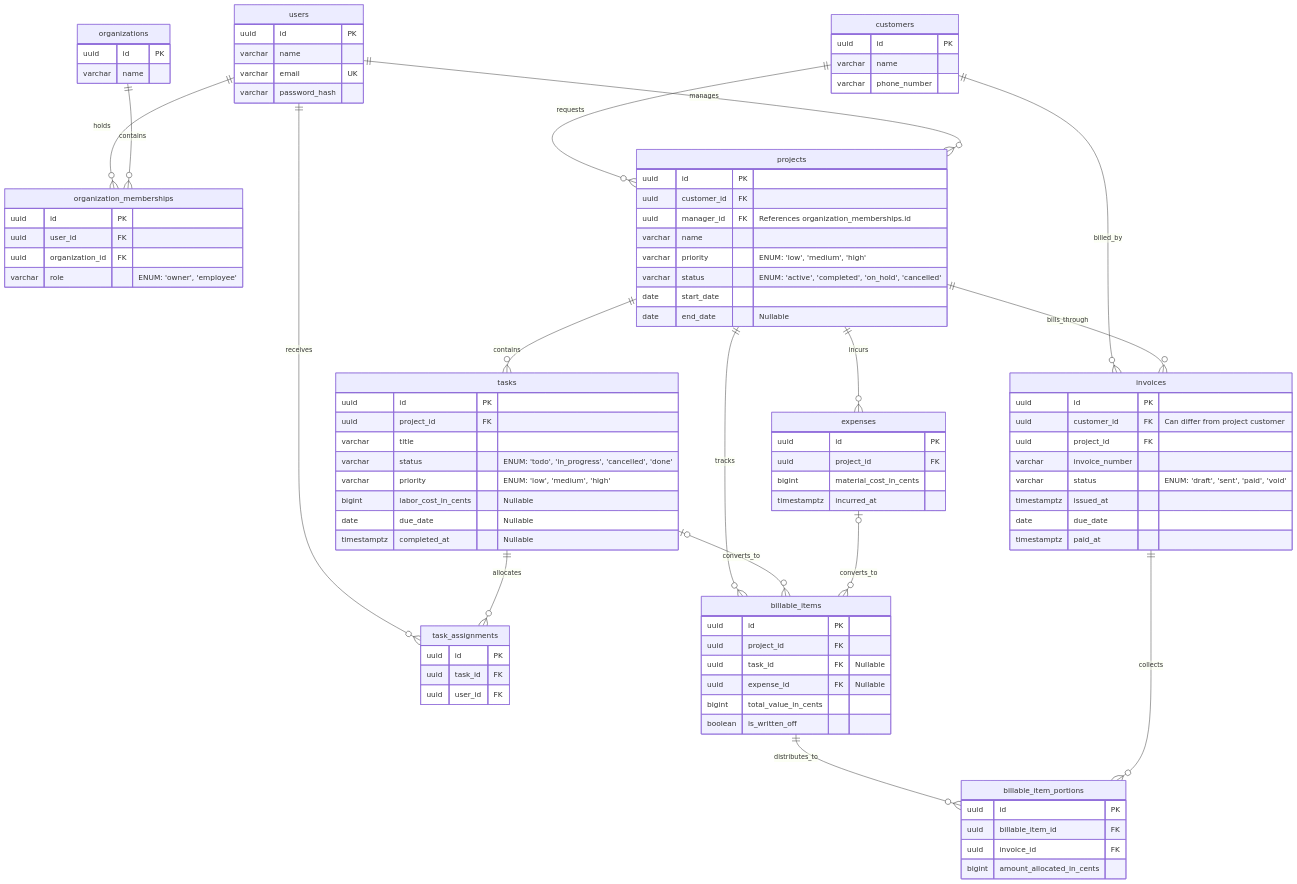
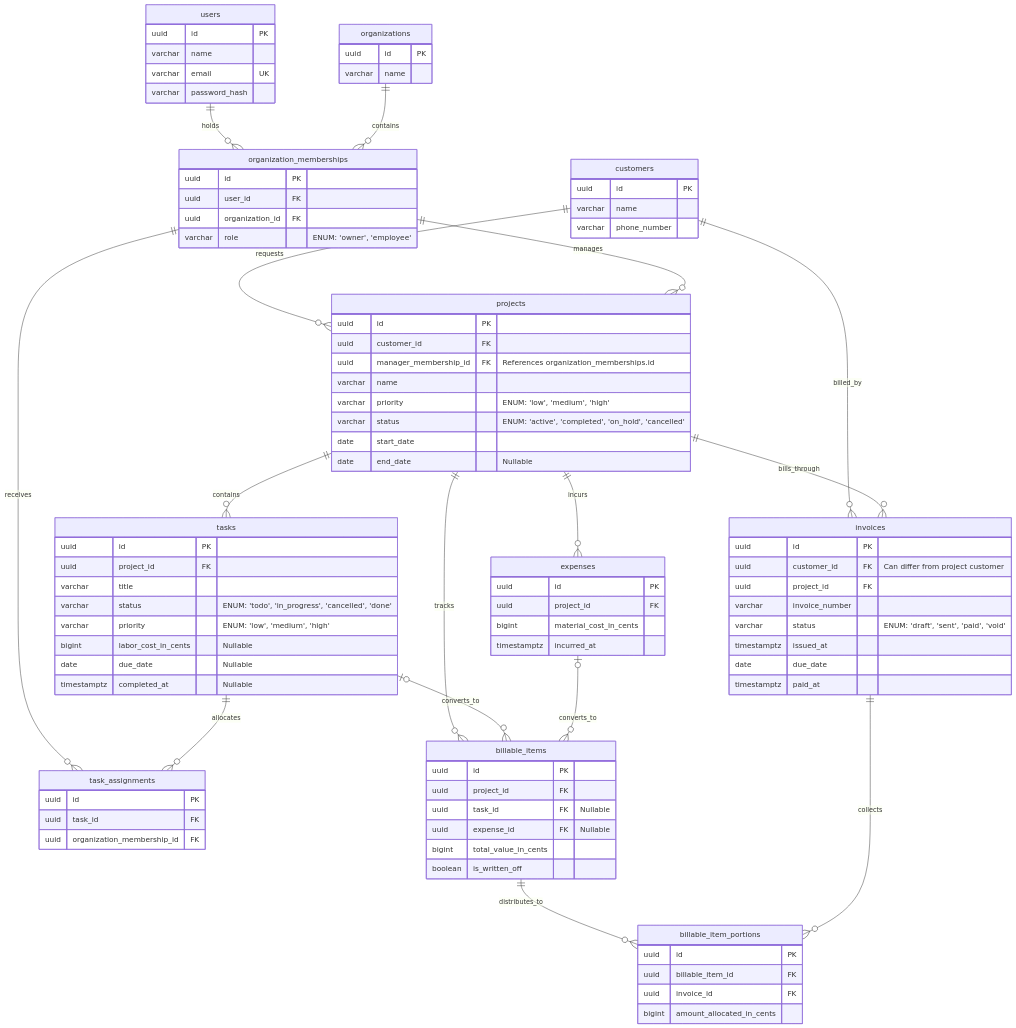
One commit to mauriciobarda/service-tenant-erp changed the diagram in docs/database.md. Above: the diagram before and after it, drawn with Mermaid. The commit also changed other lines of this file, not shown here.

First line of the commit message:
docs(database): scope project managers and task assignments to organization memberships

````diff
--- a/docs/database.md
+++ b/docs/database.md
@@ -57,7 +57,7 @@
     projects {
         uuid id PK
         uuid customer_id FK
-        uuid manager_id FK "References organization_memberships.id"
+        uuid manager_membership_id FK "References organization_memberships.id"
         varchar name
         varchar priority "ENUM: 'low', 'medium', 'high'"
         varchar status "ENUM: 'active', 'completed', 'on_hold', 'cancelled'"
@@ -79,7 +79,7 @@
     task_assignments {
         uuid id PK
         uuid task_id FK
-        uuid user_id FK
+        uuid organization_membership_id FK
     }
 
     expenses {
@@ -135,8 +135,8 @@
     invoices ||--o{ billable_item_portions : collects
 
     %% Work Resource Allocations
-    users ||--o{ projects : manages
-    users ||--o{ task_assignments : receives
+    organization_memberships ||--o{ projects : manages
+    organization_memberships ||--o{ task_assignments : receives
     tasks ||--o{ task_assignments : allocates
 
 ```
````
